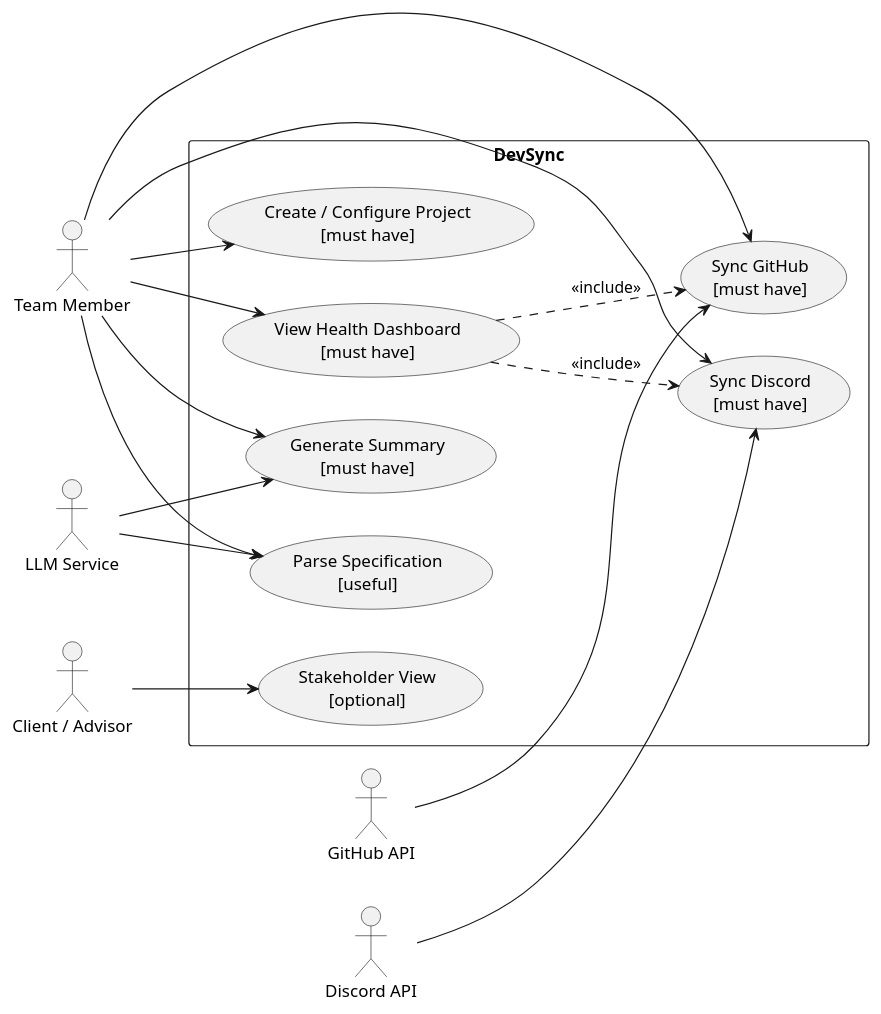
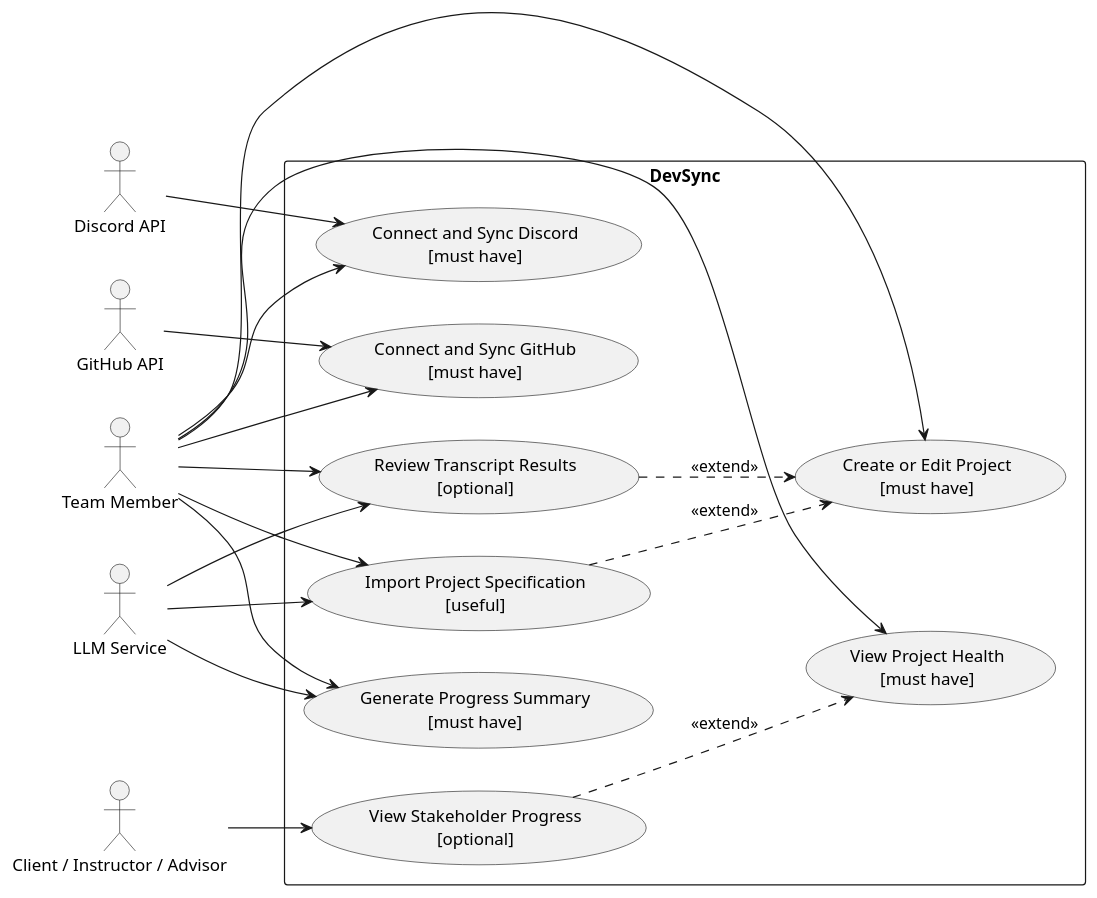
Before and after one commit to yale-swe/f26-GitTeam: the first of 3 diagrams in PROJECT_SPEC.md, drawn with PlantUML. The commit also changed other lines of this file, not shown here.

Commit message:
Updated project specification for DevSync

````diff
--- a/PROJECT_SPEC.md
+++ b/PROJECT_SPEC.md
@@ -137,32 +202,41 @@
 ```plantuml
 @startuml
 left to right direction
+
 actor "Team Member" as User
-actor "Client / Advisor" as Stakeholder
+actor "Client / Instructor / Advisor" as Stakeholder
 actor "GitHub API" as GitHub
 actor "Discord API" as Discord
 actor "LLM Service" as LLM
-rectangle DevSync {
-  usecase "Create / Configure Project\n[must have]" as UC1
-  usecase "Sync GitHub\n[must have]" as UC2
-  usecase "Sync Discord\n[must have]" as UC3
-  usecase "View Health Dashboard\n[must have]" as UC4
-  usecase "Generate Summary\n[must have]" as UC5
-  usecase "Parse Specification\n[useful]" as UC6
-  usecase "Stakeholder View\n[optional]" as UC7
+rectangle "DevSync" {
+  usecase "Create or Edit Project\n[must have]" as UC1
+  usecase "Connect and Sync GitHub\n[must have]" as UC2
+  usecase "Connect and Sync Discord\n[must have]" as UC3
+  usecase "View Project Health\n[must have]" as UC4
+  usecase "Generate Progress Summary\n[must have]" as UC5
+  usecase "Import Project Specification\n[useful]" as UC6
+  usecase "View Stakeholder Progress\n[optional]" as UC7
+  usecase "Review Transcript Results\n[optional]" as UC8
 }
+
 User --> UC1
 User --> UC2
 User --> UC3
 User --> UC4
 User --> UC5
 User --> UC6
+User --> UC8
+
 Stakeholder --> UC7
+
 GitHub --> UC2
 Discord --> UC3
 LLM --> UC5
 LLM --> UC6
-UC4 ..> UC2 : <<include>>
-UC4 ..> UC3 : <<include>>
+LLM --> UC8
+
+UC6 ..> UC1 : <<extend>>
+UC7 ..> UC4 : <<extend>>
+UC8 ..> UC1 : <<extend>>
 @enduml
 ```
````
